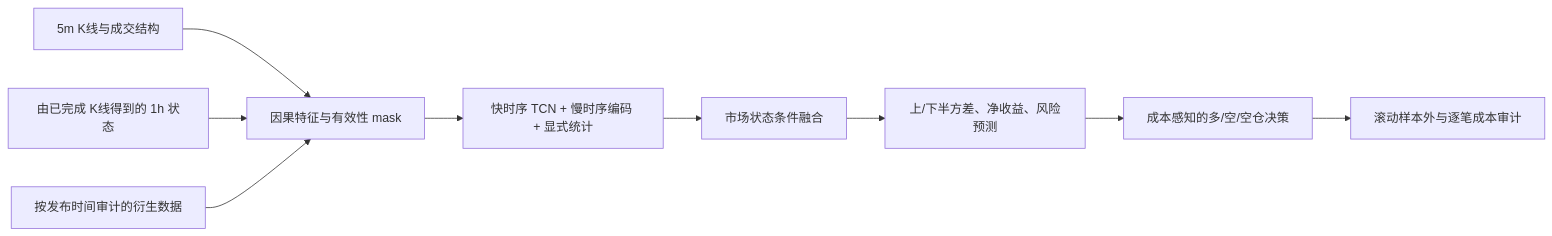
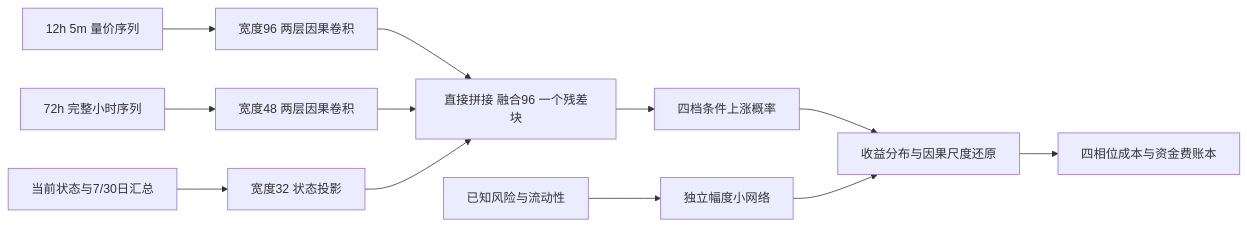
One commit to 789453/crypto-netrual-network-prediction-strategy changed the diagram in README.md. Above: the diagram before and after it, drawn with Mermaid. The commit also changed other lines of this file and 25 other files, not shown here.

````diff
--- a/README.md
+++ b/README.md
@@ -22,11 +24,14 @@
 ```mermaid
 flowchart LR
-  A[5m K线与成交结构] --> B[因果特征与有效性 mask]
-  C[由已完成 K线得到的 1h 状态] --> B
-  D[按发布时间审计的衍生数据] --> B
-  B --> E[快时序 TCN + 慢时序编码 + 显式统计]
-  E --> F[市场状态条件融合]
-  F --> G[上/下半方差、净收益、风险预测]
-  G --> H[成本感知的多/空/空仓决策]
-  H --> I[滚动样本外与逐笔成本审计]
+  A[12h 5m 量价序列] --> B[宽度96 两层因果卷积]
+  C[72h 完整小时序列] --> D[宽度48 两层因果卷积]
+  E[当前状态与7/30日汇总] --> F[宽度32 状态投影]
+  B --> G[直接拼接 融合96 一个残差块]
+  D --> G
+  F --> G
+  G --> H[四档条件上涨概率]
+  I[已知风险与流动性] --> J[独立幅度小网络]
+  H --> K[收益分布与因果尺度还原]
+  J --> K
+  K --> L[四相位成本与资金费账本]
 ```
````
